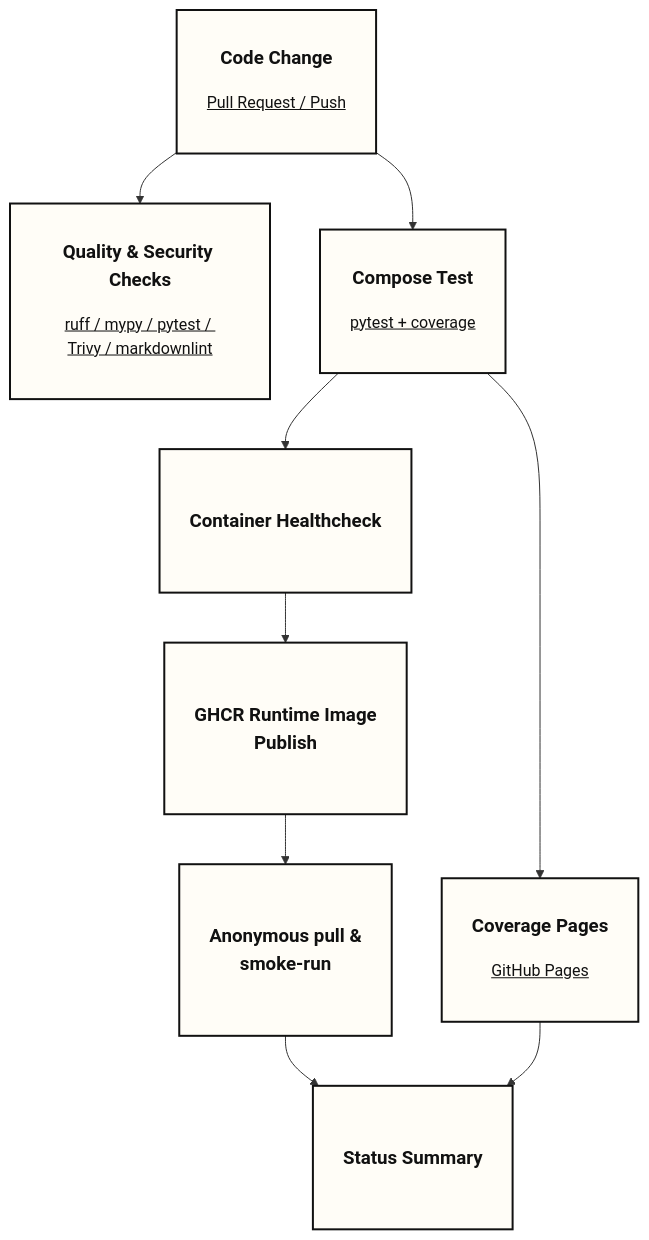
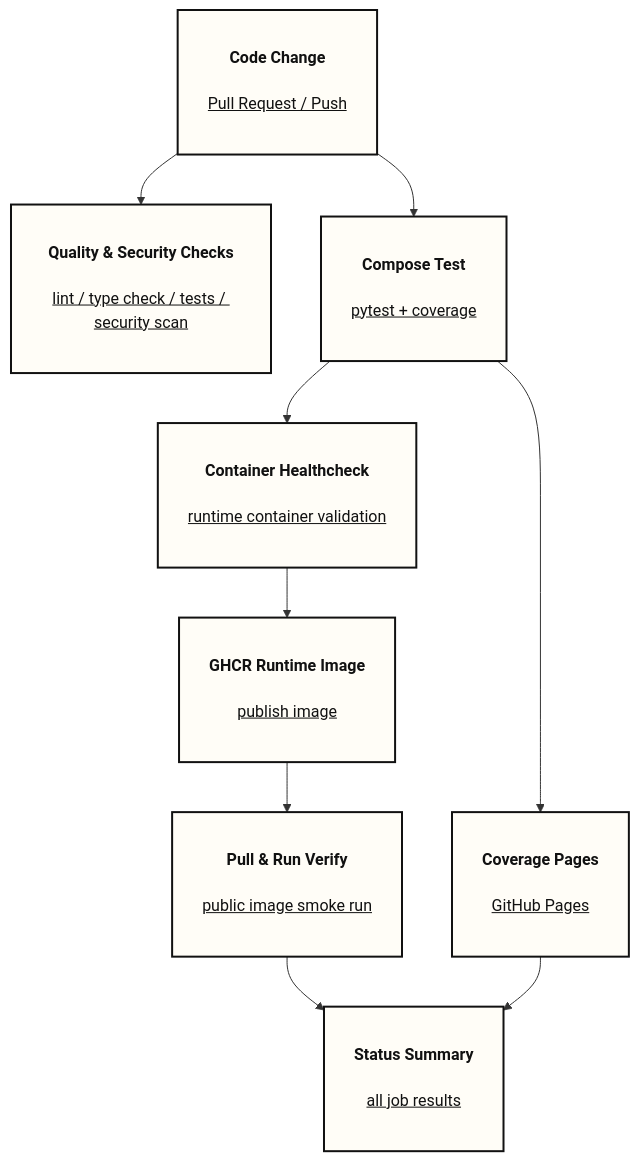
The second of 4 diagrams in README.md (yaoki-dev/api-test-devops-portfolio), drawn with Mermaid before and after one commit. The commit also changed other lines of this file and 7 other files, not shown here.

````diff
--- a/README.md
+++ b/README.md
@@ -132,24 +138,33 @@
 ```mermaid
 flowchart TD
-    A["<h3>Code Change</h3><u>Pull Request / Push</u>
-    <br/>"] --> B["<h3>Quality & Security Checks</h3><u>ruff / mypy / pytest / <br/>Trivy / markdownlint</u>
+    A["<h4>Code Change</h4><u>Pull Request / Push</u>
     <br/>"]
 
-    A --> C["<h3>Compose Test</h3><u>pytest + coverage</u>
+    A --> B["<h4>Quality & Security Checks</h4><u>lint / type check / tests / security scan</u>
     <br/>"]
 
-    C --> D["<h3>Coverage Pages</h3><u>GitHub Pages</u>
+    A --> C["<h4>Compose Test</h4><u>pytest + coverage</u>
     <br/>"]
-    C --> E["<br/><h3>Container Healthcheck</h3><br/>"]
 
-    E --> F["<br/><h3>GHCR Runtime Image<br/>Publish</h3><br/>"]
-    F --> G["<br/><h3>Anonymous pull &<br/> smoke-run</h3><br/>"]
-    G --> H["<br/><h3>Status Summary</h3><br/>"]
+    C --> D["<h4>Coverage Pages</h4><u>GitHub Pages</u>
+    <br/>"]
+
+    C --> E["<h4>Container Healthcheck</h4><u>runtime container validation</u>
+    <br/>"]
+
+    E --> F["<h4>GHCR Runtime Image</h4><u>publish image</u>
+    <br/>"]
+
+    F --> G["<h4>Pull & Run Verify</h4><u>public image smoke run</u>
+    <br/>"]
+
+    G --> H["<h4>Status Summary</h4><u>all job results</u>
+    <br/>"]
 
     D --> H
 
     classDef default fill:#F7F3EA,stroke:#111,stroke-width:1.5px,color:#111;
     classDef key fill:#FFFDF7,stroke:#111,stroke-width:2px,color:#111;
 
     class A,B,C,D,E,F,G,H key;
 ```
````
